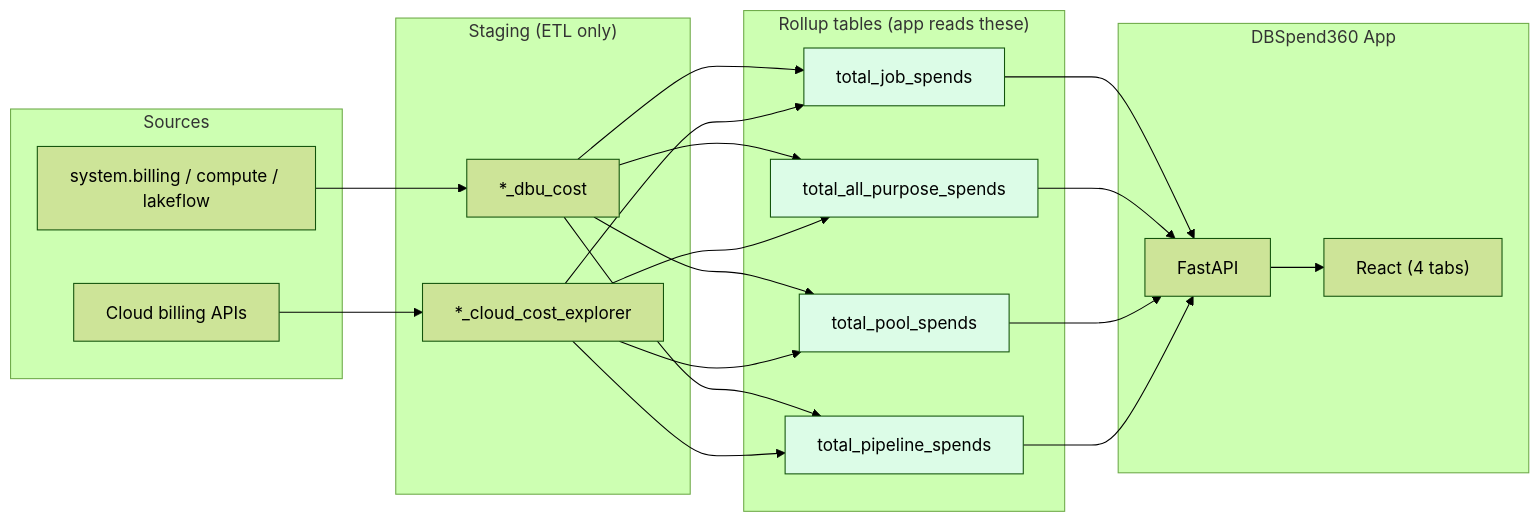
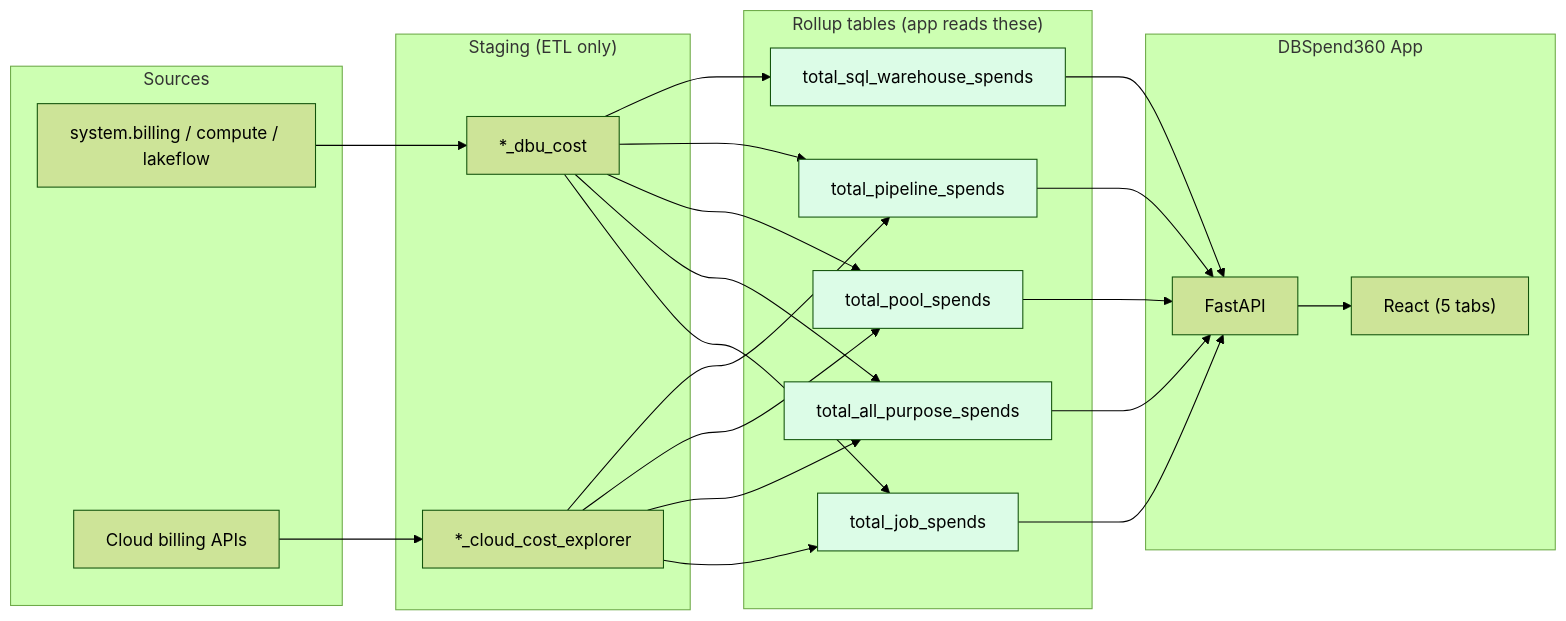
One commit to AdityaMandiwal/DBSPEND360 changed the first of 6 diagrams in docs/data_model.md. Above: the diagram before and after it, drawn with Mermaid (forest theme). The commit also changed other lines of this file and 103 other files, not shown here.

````diff
--- a/docs/data_model.md
+++ b/docs/data_model.md
@@ -37,34 +42,37 @@
 ```mermaid
 flowchart LR
     subgraph Sources["Sources"]
         SYS["system.billing / compute / lakeflow"]
         CLOUD["Cloud billing APIs"]
     end
 
     subgraph Staging["Staging (ETL only)"]
         DBU["*_dbu_cost"]
         CCE["*_cloud_cost_explorer"]
     end
 
     subgraph Rollups["Rollup tables (app reads these)"]
         T_JOB["total_job_spends"]
         T_AP["total_all_purpose_spends"]
         T_POOL["total_pool_spends"]
         T_PL["total_pipeline_spends"]
+        T_WH["total_sql_warehouse_spends"]
     end
 
     subgraph App["DBSpend360 App"]
         API["FastAPI"]
-        UI["React (4 tabs)"]
+        UI["React (5 tabs)"]
     end
 
     SYS --> DBU
     CLOUD --> CCE
     DBU & CCE --> T_JOB & T_AP & T_POOL & T_PL
-    T_JOB & T_AP & T_POOL & T_PL --> API --> UI
+    DBU --> T_WH
+    T_JOB & T_AP & T_POOL & T_PL & T_WH --> API --> UI
 
     style T_JOB fill:#dcfce7
     style T_AP fill:#dcfce7
     style T_POOL fill:#dcfce7
     style T_PL fill:#dcfce7
+    style T_WH fill:#dcfce7
 ```
````
